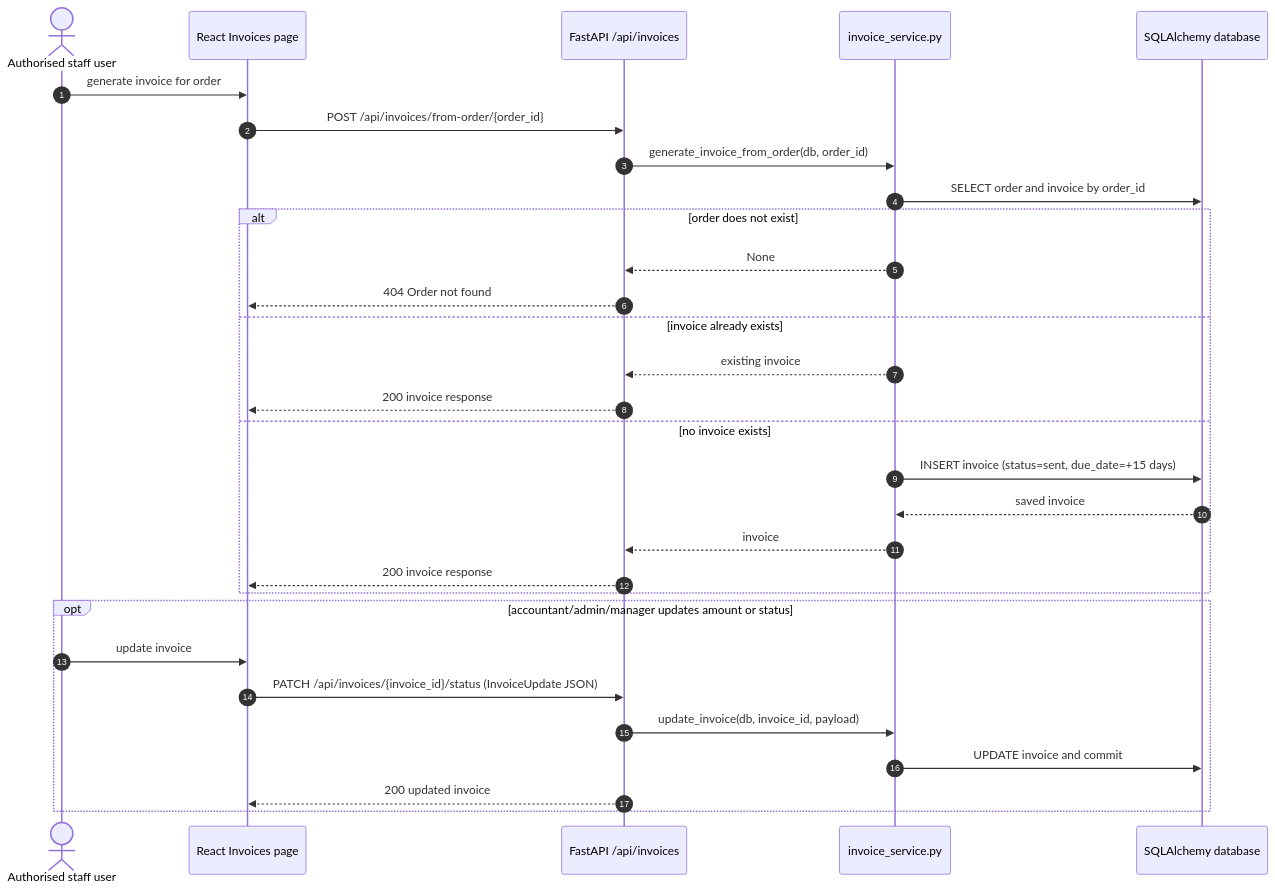
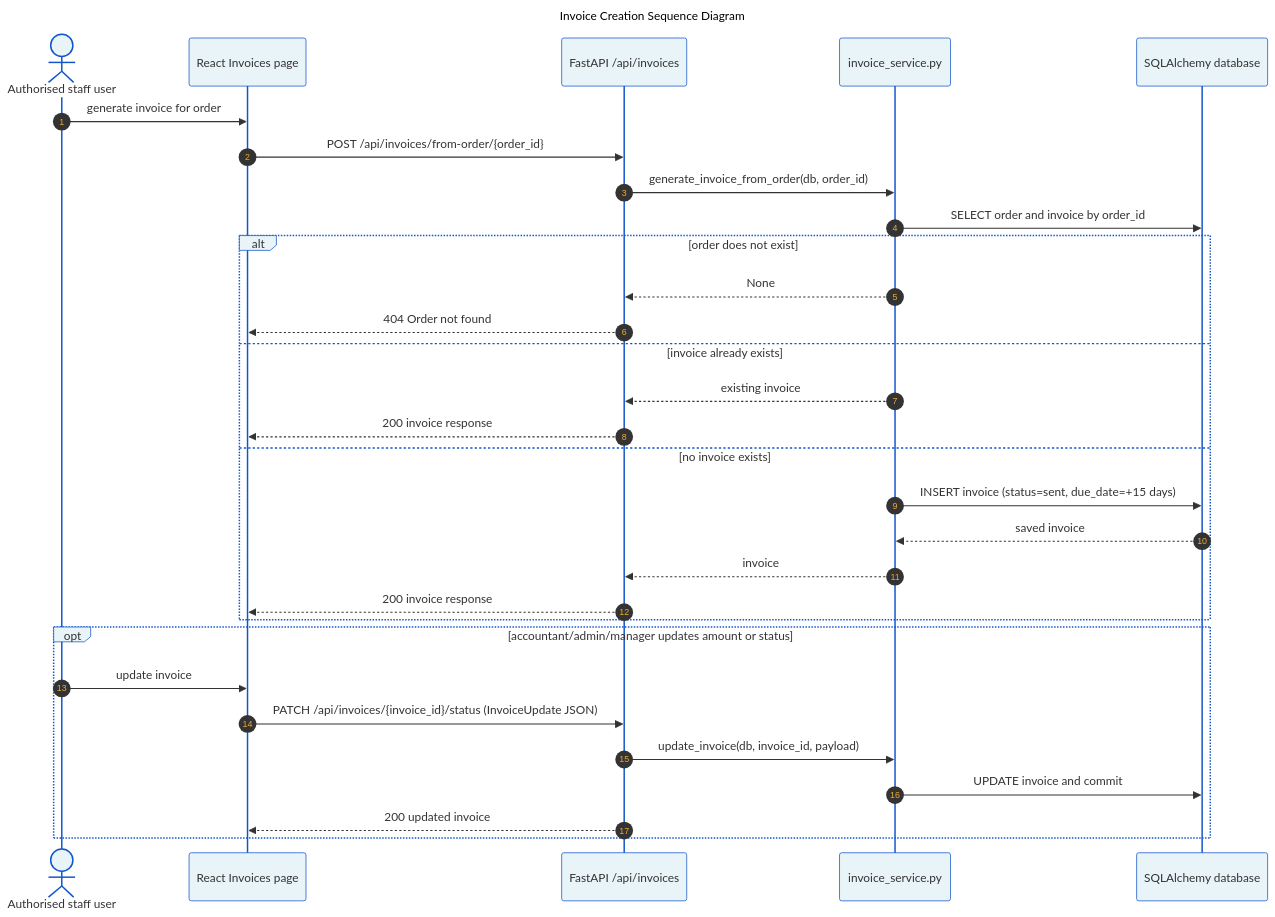
One commit to hyperS777/BizAI changed the diagram in docs/design-diagrams/07-sequence-invoice.mmd. Above: the diagram before and after it, drawn with Mermaid. The commit also changed 22 other files, not shown here.

First line of the commit message:
docs: correct all 12 Mermaid diagram sources to match implementation

```diff
--- a/docs/design-diagrams/07-sequence-invoice.mmd
+++ b/docs/design-diagrams/07-sequence-invoice.mmd
@@ -1,30 +1,34 @@
+---
+title: Invoice Creation Sequence Diagram
+---
+%%{init: {'theme': 'base', 'themeVariables': {'primaryColor': '#ffffff', 'primaryBorderColor': '#1155cc', 'lineColor': '#1155cc', 'textColor': '#000000', 'fontFamily': 'sans-serif', 'actorBkg': '#e8f4f8', 'actorBorder': '#1155cc', 'signalColor': '#333333', 'signalTextColor': '#333333'}}}%%
 sequenceDiagram
     autonumber
     actor U as Authorised staff user
     participant FE as React Invoices page
     participant API as FastAPI /api/invoices
     participant IS as invoice_service.py
     participant DB as SQLAlchemy database
     U->>FE: generate invoice for order
     FE->>API: POST /api/invoices/from-order/{order_id}
     API->>IS: generate_invoice_from_order(db, order_id)
     IS->>DB: SELECT order and invoice by order_id
     alt order does not exist
         IS-->>API: None
         API-->>FE: 404 Order not found
     else invoice already exists
         IS-->>API: existing invoice
         API-->>FE: 200 invoice response
     else no invoice exists
         IS->>DB: INSERT invoice (status=sent, due_date=+15 days)
         DB-->>IS: saved invoice
         IS-->>API: invoice
         API-->>FE: 200 invoice response
     end
     opt accountant/admin/manager updates amount or status
         U->>FE: update invoice
         FE->>API: PATCH /api/invoices/{invoice_id}/status (InvoiceUpdate JSON)
         API->>IS: update_invoice(db, invoice_id, payload)
         IS->>DB: UPDATE invoice and commit
         API-->>FE: 200 updated invoice
     end
```
